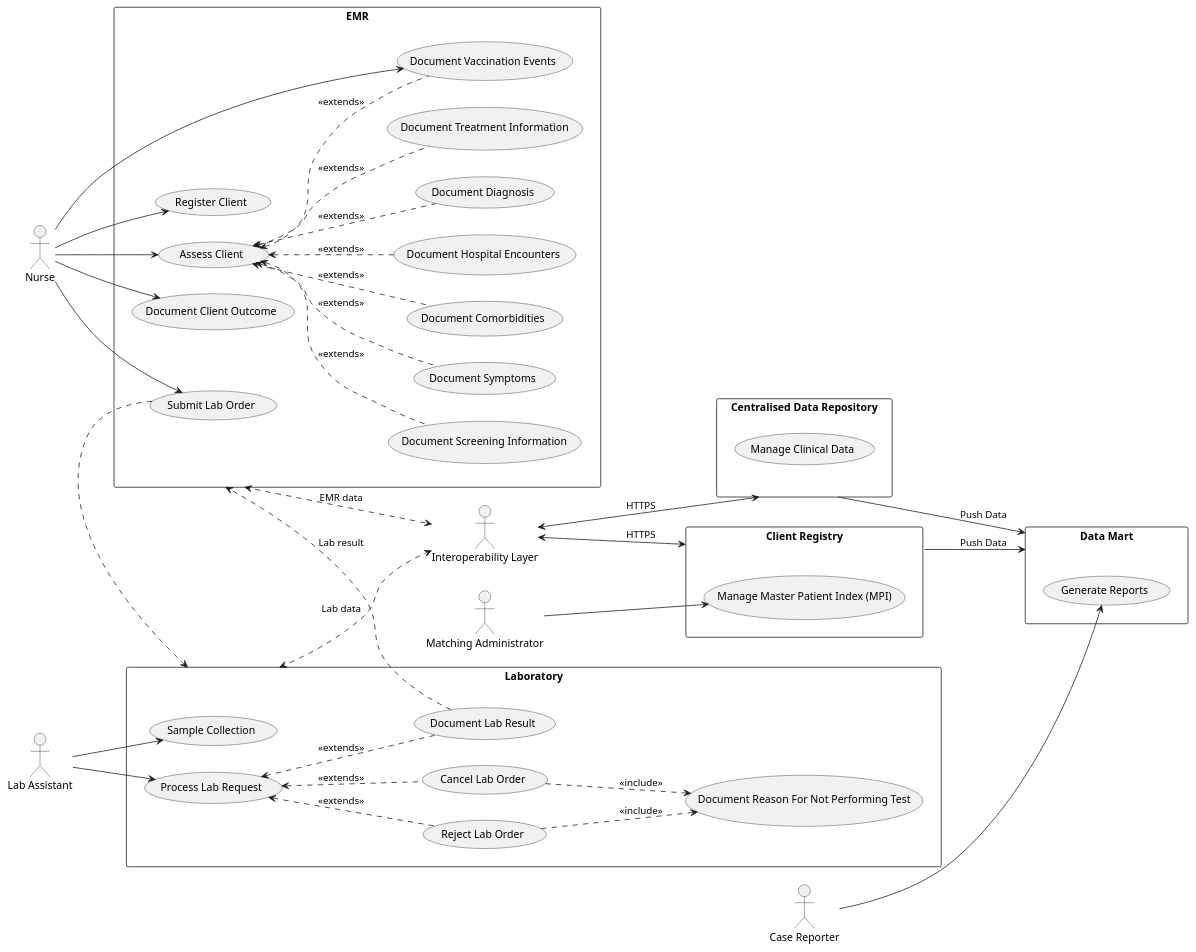
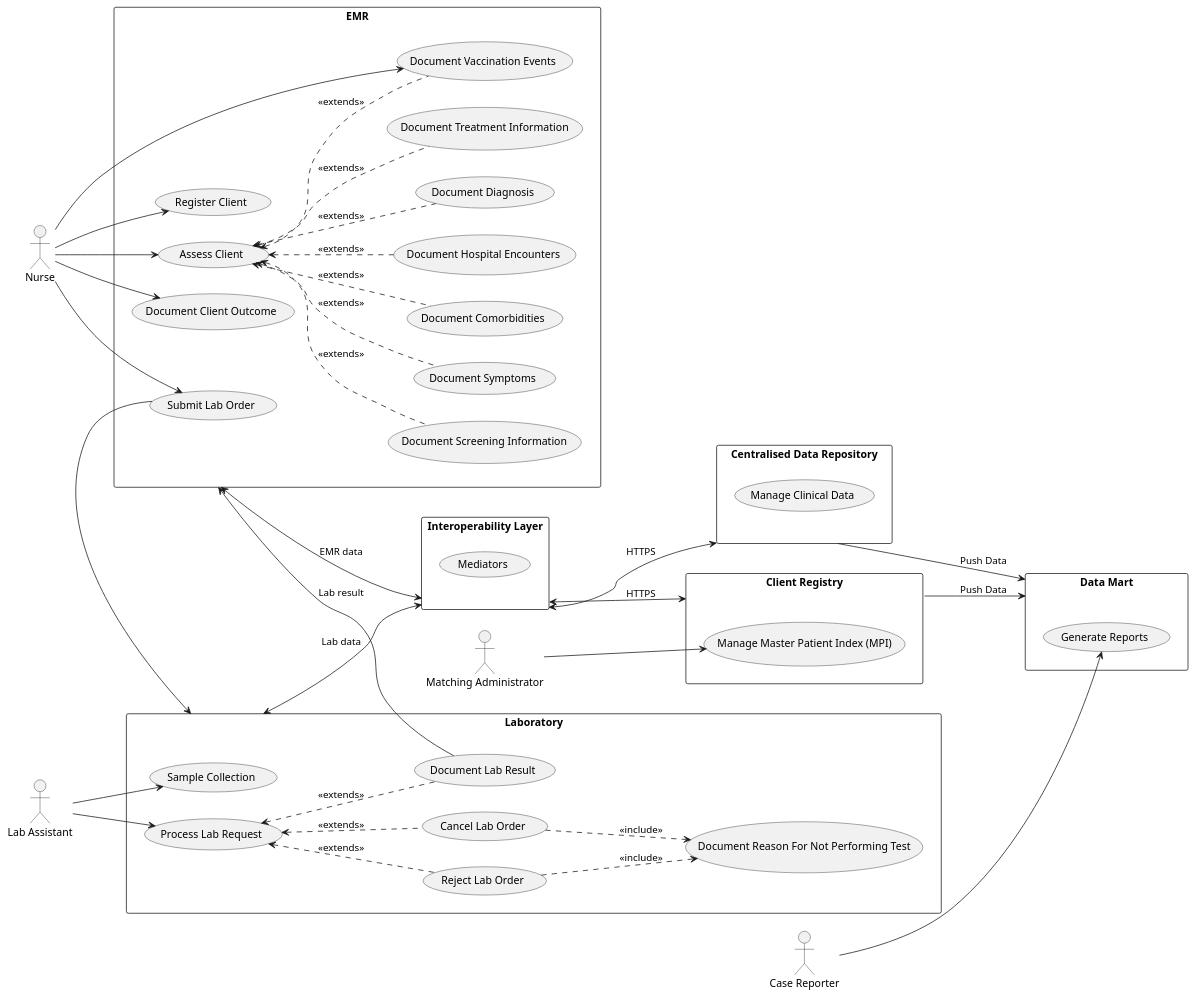
Before and after one commit to openhie/covid19-casereporting: the diagram in input/images-source/uses-cases.pu, drawn with PlantUML. The commit also changed 1 other file, not shown here.

```diff
--- a/input/images-source/uses-cases.pu
+++ b/input/images-source/uses-cases.pu
@@ -1,88 +1,93 @@
 @startuml UseCaseDiagram
 left to right direction
 actor "Nurse" as nurse
 rectangle EMR {
   usecase "Register Client" as UC1
   usecase "Assess Client" as UC2
   usecase "Document Screening Information" as UC3
   usecase "Document Symptoms" as UC4
   usecase "Document Comorbidities" as UC5
   usecase "Document Hospital Encounters" as UC6
   usecase "Document Diagnosis" as UC8
   usecase "Document Treatment Information" as UC9
   usecase "Document Client Outcome" as UC10
   usecase "Submit Lab Order" as UC11
   usecase "Document Vaccination Events" as UC12
   
 }
 
 nurse --> UC1
 nurse --> UC2
 nurse --> UC10
 nurse --> UC11
 nurse --> UC12
 
 (UC2) <.. (UC3) : "<<extends>>"
 (UC2) <.. (UC4) : "<<extends>>"
 (UC2) <.. (UC5) : "<<extends>>"
 (UC2) <.. (UC6) : "<<extends>>"
 (UC2) <.. (UC12) : "<<extends>>"
 (UC2) <.. (UC8) : "<<extends>>"
 (UC2) <.. (UC9) : "<<extends>>"
 
 actor "Lab Assistant" as labAssistant
 rectangle Laboratory {
   usecase "Sample Collection" as UC14
   usecase "Process Lab Request" as UC15
   usecase "Document Lab Result" as UC16
   usecase "Reject Lab Order" as UC17
   usecase "Cancel Lab Order" as UC18
   usecase "Document Reason For Not Performing Test" as UC19
 }
 
 labAssistant --> UC14
 labAssistant --> UC15
 
 
 (UC15) <.. (UC16) : "<<extends>>"
 (UC15) <.. (UC17) : "<<extends>>"
 (UC15) <.. (UC18) : "<<extends>>"
 
 (UC18) ..> (UC19) : "<<include>>"
 (UC17) ..> (UC19) : "<<include>>"
 
-(UC11) ..> Laboratory
+(UC11) --> Laboratory
 
-(UC16) ..> EMR : "Lab result"
+(UC16) --> EMR : "Lab result"
 
-actor "Interoperability Layer" as iol
+'actor "Interoperability Layer" as iol
+
+rectangle "Interoperability Layer" as iol {
+  usecase "Mediators" as UC23
+}
+
 rectangle "Centralised Data Repository" as cdr {
   usecase "Manage Clinical Data" as UC20
 }
 
 iol <--> cdr : "HTTPS"
 
-EMR <..> iol : "EMR data"
-Laboratory <..> iol : "Lab data"
+EMR <--> iol : "EMR data"
+Laboratory <--> iol : "Lab data"
 
 
 actor "Matching Administrator" as macthingAdmin
 rectangle "Client Registry" as cr {
   usecase "Manage Master Patient Index (MPI)" as UC21
 }
 
 macthingAdmin --> UC21
 
 iol <--> cr : "HTTPS"
 
 actor "Case Reporter" as caseReporter
 rectangle "Data Mart" as dm {
   usecase "Generate Reports" as UC22
 }
 
 caseReporter --> UC22
 
 cdr --> dm : "Push Data"
 cr --> dm : "Push Data"
 
 @enduml
```
